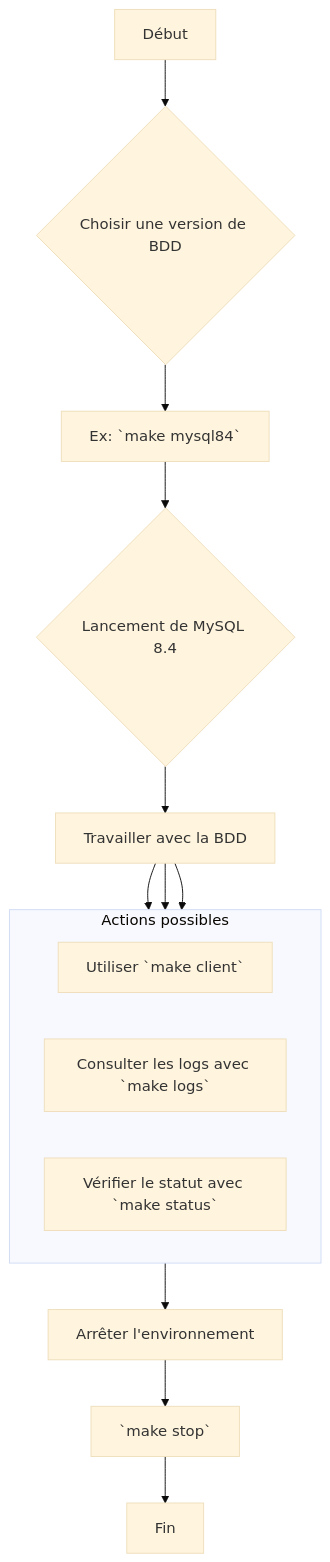
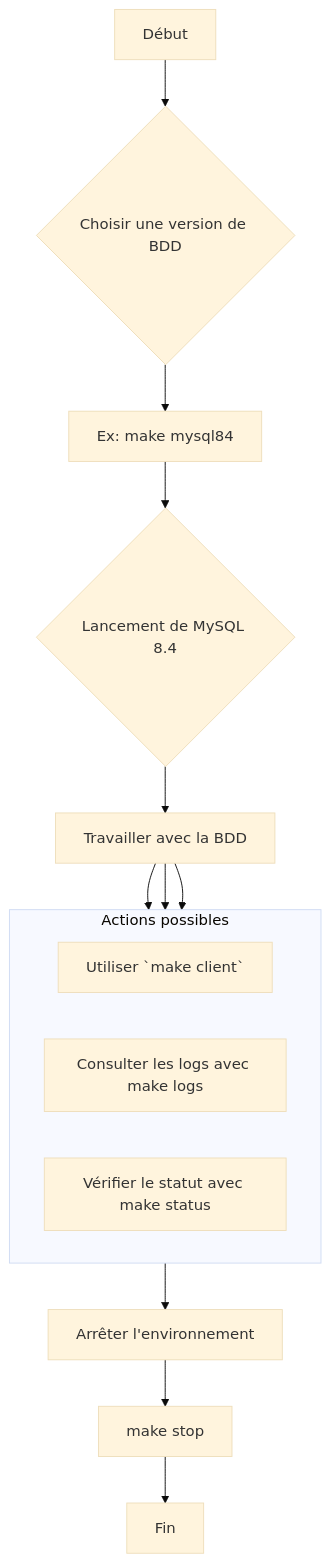
The diagram in docker/multiple_mysql/README.fr.md (jmrenouard/dbscripts), drawn with Mermaid (base theme) before and after one commit. The commit also changed 1 other file, not shown here.

Commit message:
Fix formatting in README files for better readability of command examples and diagrams

````diff
--- a/docker/multiple_mysql/README.fr.md
+++ b/docker/multiple_mysql/README.fr.md
@@ -76,17 +76,17 @@
 ```mermaid
 graph TD
     A[Début] --> B{Choisir une version de BDD};
-    B --> C[Ex: `make mysql84`];
+    B --> C[Ex: make mysql84];
     C --> D{Lancement de MySQL 8.4};
     D --> E[Travailler avec la BDD];
     subgraph "Actions possibles"
         direction LR
         F[Utiliser `make client`]
-        G[Consulter les logs avec `make logs`]
-        H[Vérifier le statut avec `make status`]
+        G[Consulter les logs avec make logs]
+        H[Vérifier le statut avec make status]
     end
     E --> F & G & H;
     H --> I[Arrêter l'environnement];
-    I --> J[`make stop`];
+    I --> J[make stop];
     J --> K[Fin];
 ```
````
